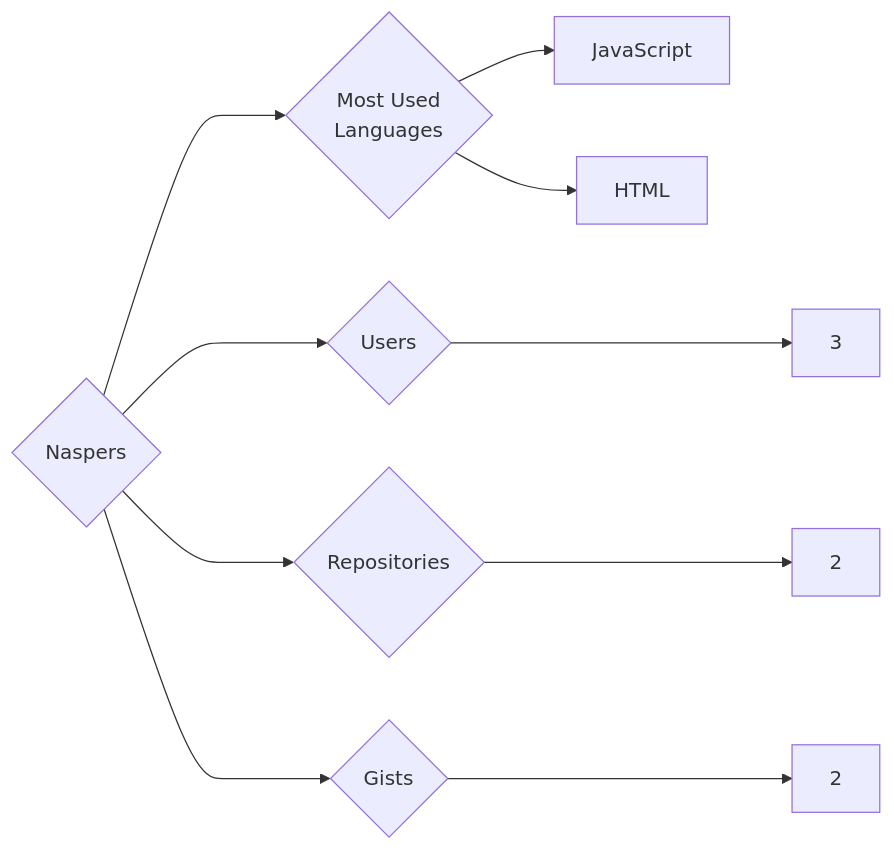
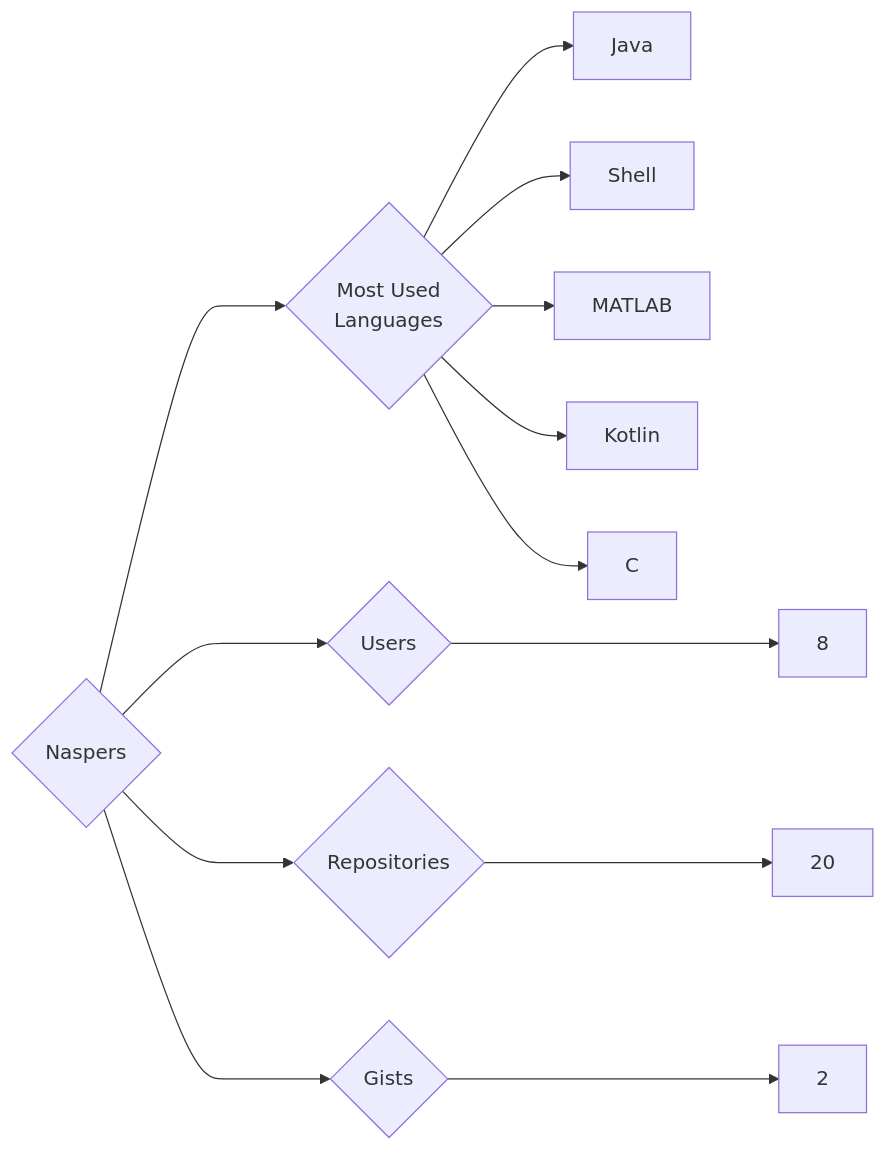
The diagram in targets/Naspers/README.md (trickest/insiders), drawn with Mermaid before and after one commit. The commit also changed 964 other files, not shown here.

````diff
--- a/targets/Naspers/README.md
+++ b/targets/Naspers/README.md
@@ -3,10 +3,13 @@
 ```mermaid
 graph LR
 COMPANY_NAME{Naspers}
-COMPANY_NAME ---> U{Users} ---> UN[3]
-COMPANY_NAME ---> R{Repositories} ---> RN[2]
+COMPANY_NAME ---> U{Users} ---> UN[8]
+COMPANY_NAME ---> R{Repositories} ---> RN[20]
 COMPANY_NAME ---> G{Gists} ---> GN[2]
 COMPANY_NAME ---> ML{Most Used<br>Languages}
-ML --> JavaScript[JavaScript]
-ML --> HTML[HTML]
+ML --> Java[Java]
+ML --> Shell[Shell]
+ML --> MATLAB[MATLAB]
+ML --> Kotlin[Kotlin]
+ML --> C[C]
 ```
````
